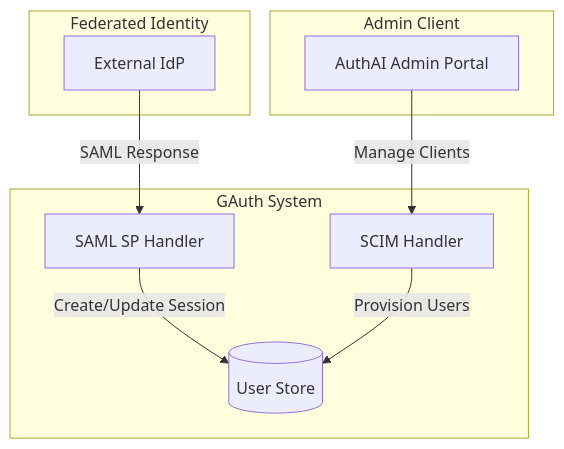
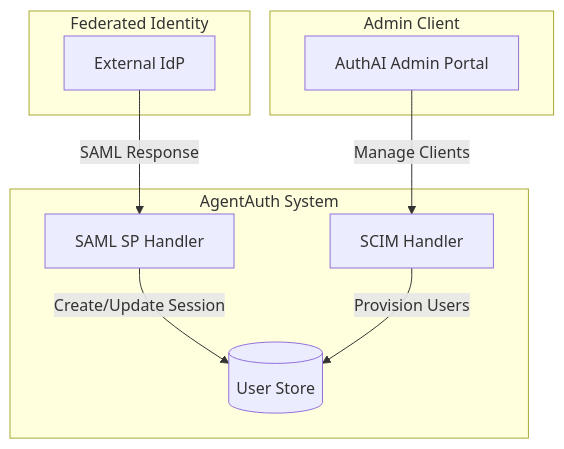
Diagram 14 of 14 in docs/diagrams.md (mauriciomferz/Gauth_go), drawn with Mermaid before and after one commit. The commit also changed other lines of this file and 1012 other files, not shown here.

Commit message:
legal: COMPLETE CLEAN ROOM SANITIZATION (Gimel -> AgentAuth)

````diff
--- a/docs/diagrams.md
+++ b/docs/diagrams.md
@@ -268,22 +268,22 @@
 ```mermaid
 flowchart TD
     subgraph Federated Identity
         IDP[External IdP]
     end
     
-    subgraph GAuth System
+    subgraph AgentAuth System
         SP[SAML SP Handler]
         SCIM[SCIM Handler]
         UserStore[(User Store)]
     end
     
     subgraph Admin Client
         AdminUI[AuthAI Admin Portal]
     end
 
     IDP -->|SAML Response| SP
     SP -->|Create/Update Session| UserStore
     
     AdminUI -->|Manage Clients| SCIM
     SCIM -->|Provision Users| UserStore
 ```
````
